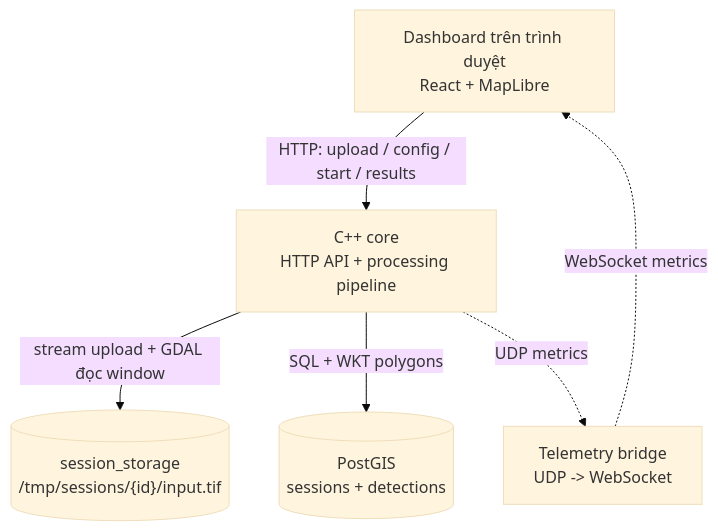
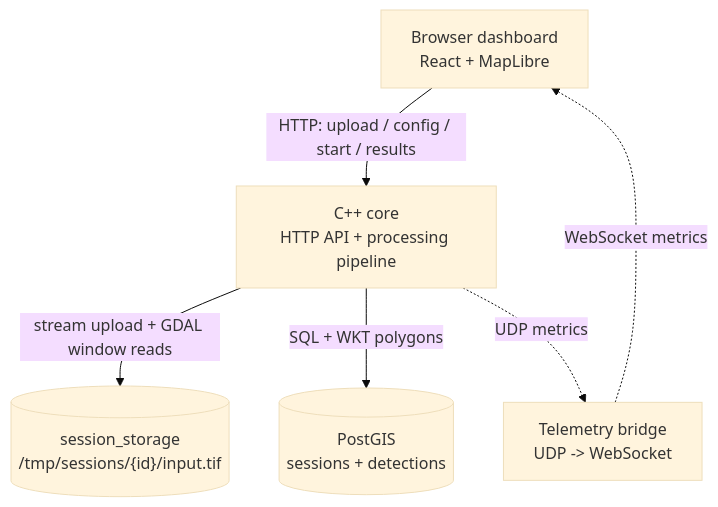
Before and after one commit to Dinhthuy2k5/remote-sensing-pipeline: the first of 2 diagrams in README.md, drawn with Mermaid (base theme). The commit also changed other lines of this file and 4 other files, not shown here.

Commit message:
docs: localize documentation and keep diagrams precise

````diff
--- a/README.md
+++ b/README.md
@@ -49,14 +49,14 @@
 ```mermaid
 flowchart TB
-    UI["Dashboard trên trình duyệt<br/>React + MapLibre"]
+    UI["Browser dashboard<br/>React + MapLibre"]
     Core["C++ core<br/>HTTP API + processing pipeline"]
     DB[("PostGIS<br/>sessions + detections")]
     Files[("session_storage<br/>/tmp/sessions/{id}/input.tif")]
     Bridge["Telemetry bridge<br/>UDP -> WebSocket"]
 
     UI -->|"HTTP: upload / config / start / results"| Core
-    Core -->|"stream upload + GDAL đọc window"| Files
+    Core -->|"stream upload + GDAL window reads"| Files
     Core -->|"SQL + WKT polygons"| DB
     Core -. "UDP metrics" .-> Bridge
     Bridge -. "WebSocket metrics" .-> UI
 ```
````
